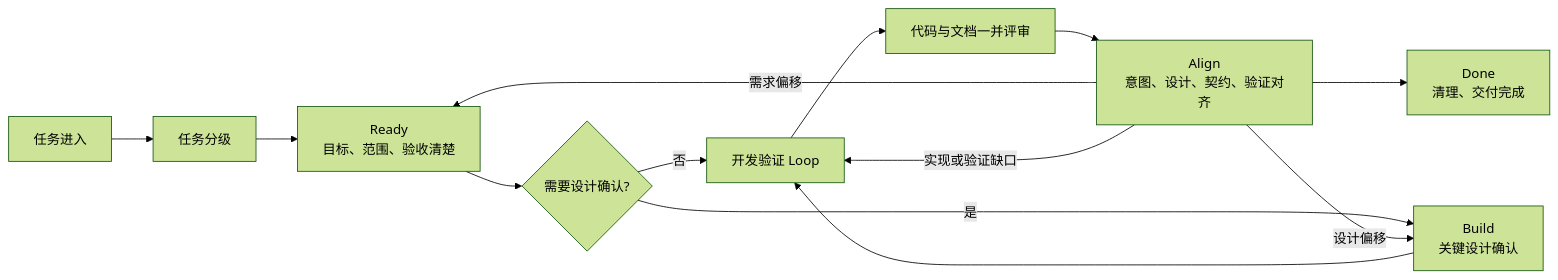
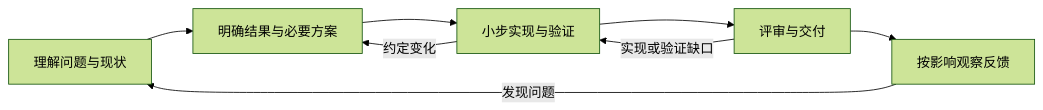
Before and after one commit to YIMO691/Workflow-SOP: the diagram in README.md, drawn with Mermaid (forest theme). The commit also changed other lines of this file and 77 other files, not shown here.

````diff
--- a/README.md
+++ b/README.md
@@ -50,15 +56,10 @@
 ```mermaid
 flowchart LR
-    A[任务进入] --> B[任务分级]
-    B --> C[Ready<br/>目标、范围、验收清楚]
-    C --> D{需要设计确认?}
-    D -- 否 --> E[开发验证 Loop]
-    D -- 是 --> F[Build<br/>关键设计确认]
-    F --> E
-    E --> G[代码与文档一并评审]
-    G --> H[Align<br/>意图、设计、契约、验证对齐]
-    H --> I[Done<br/>清理、交付完成]
-    H -- 需求偏移 --> C
-    H -- 设计偏移 --> F
-    H -- 实现或验证缺口 --> E
+    A[理解问题与现状] --> B[明确结果与必要方案]
+    B --> C[小步实现与验证]
+    C --> D[评审与交付]
+    D --> E[按影响观察反馈]
+    C -->|约定变化| B
+    D -->|实现或验证缺口| C
+    E -->|发现问题| A
 ```
````
